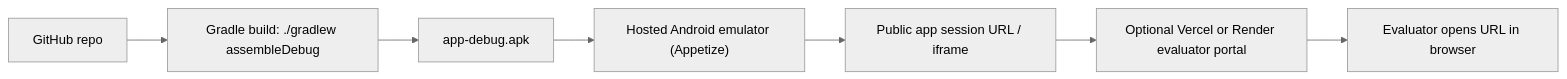
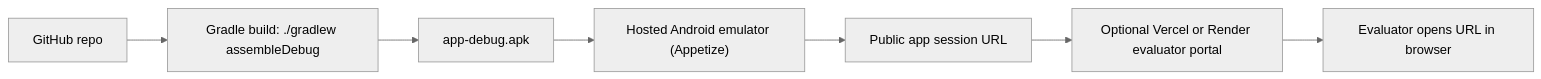
One commit to Jagadeesh11200/Spotify-Prototype changed the first of 2 diagrams in DEPLOYMENT.md. Above: the diagram before and after it, drawn with Mermaid (neutral theme). The commit also changed other lines of this file and 6 other files, not shown here.

````diff
--- a/DEPLOYMENT.md
+++ b/DEPLOYMENT.md
@@ -14,9 +14,9 @@
 ```mermaid
 flowchart LR
   Repo["GitHub repo"] --> Build["Gradle build: ./gradlew assembleDebug"]
   Build --> Apk["app-debug.apk"]
   Apk --> Appetize["Hosted Android emulator (Appetize)"]
-  Appetize --> PublicUrl["Public app session URL / iframe"]
+  Appetize --> PublicUrl["Public app session URL"]
   PublicUrl --> Portal["Optional Vercel or Render evaluator portal"]
   Portal --> Evaluator["Evaluator opens URL in browser"]
 ```
````
